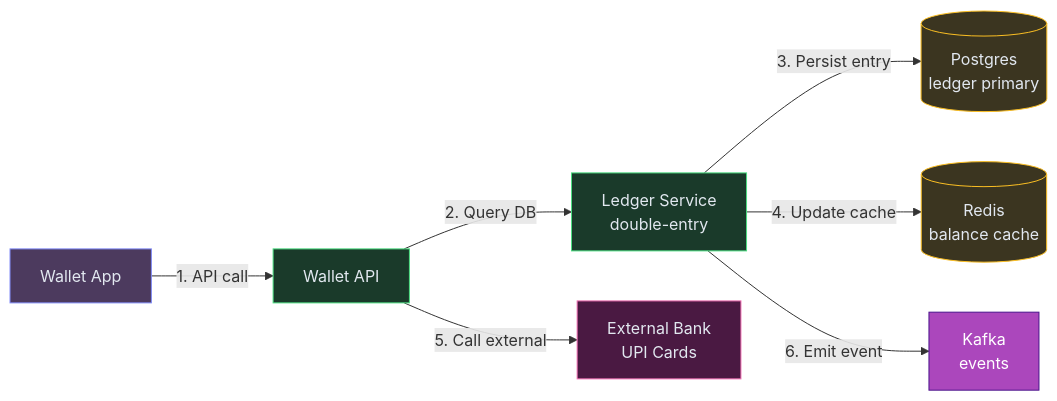
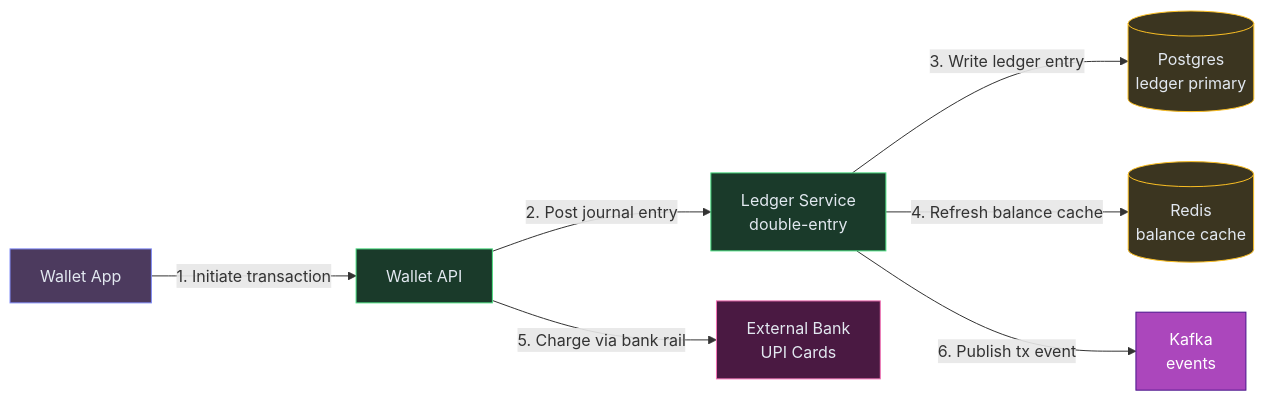
The first of 10 diagrams in content/hld/DigitalWallet.md (iluzn/HLD-Designs), drawn with Mermaid before and after one commit. The commit also changed other lines of this file and 27 other files, not shown here.

````diff
--- a/content/hld/DigitalWallet.md
+++ b/content/hld/DigitalWallet.md
@@ -19,23 +19,23 @@
 ```mermaid
 flowchart LR
     APP["Wallet App"]:::client
     API["Wallet API"]:::service
     LEDGER["Ledger Service<br/>double-entry"]:::service
     DB[("Postgres<br/>ledger primary")]:::data
     CACHE[("Redis<br/>balance cache")]:::data
     BANK["External Bank<br/>UPI Cards"]:::external
     K["Kafka<br/>events"]:::async
 
-    APP -->|"1. API call"| API
-    API -->|"2. Query DB"| LEDGER
-    LEDGER -->|"3. Persist entry"| DB
-    LEDGER -->|"4. Update cache"| CACHE
-    API -->|"5. Call external"| BANK
-    LEDGER -->|"6. Emit event"| K
+    APP -->|"1. Initiate transaction"| API
+    API -->|"2. Post journal entry"| LEDGER
+    LEDGER -->|"3. Write ledger entry"| DB
+    LEDGER -->|"4. Refresh balance cache"| CACHE
+    API -->|"5. Charge via bank rail"| BANK
+    LEDGER -->|"6. Publish tx event"| K
 
     classDef client fill:#4c3a5e,stroke:#818cf8,color:#e2e8f0
     classDef service fill:#1a3a2a,stroke:#4ade80,color:#e2e8f0
     classDef async fill:#AB47BC,stroke:#4A148C,color:#fff
     classDef data fill:#3b3520,stroke:#fbbf24,color:#e2e8f0
     classDef external fill:#4a1942,stroke:#f472b6,color:#e2e8f0
 ```
````
